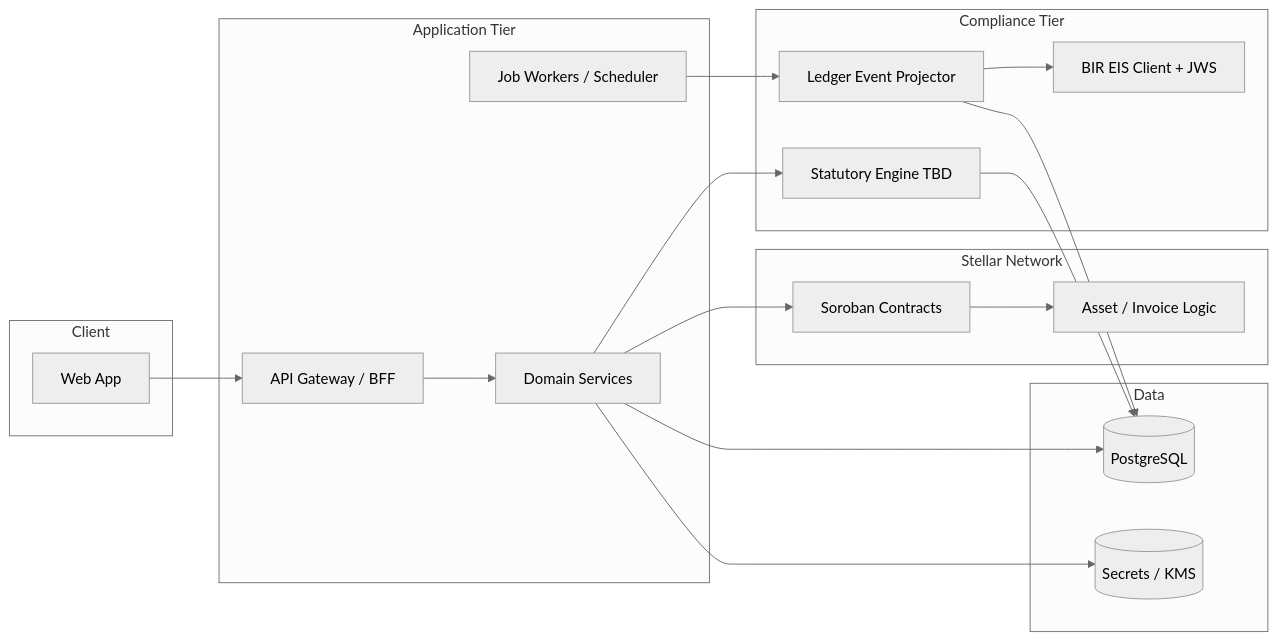
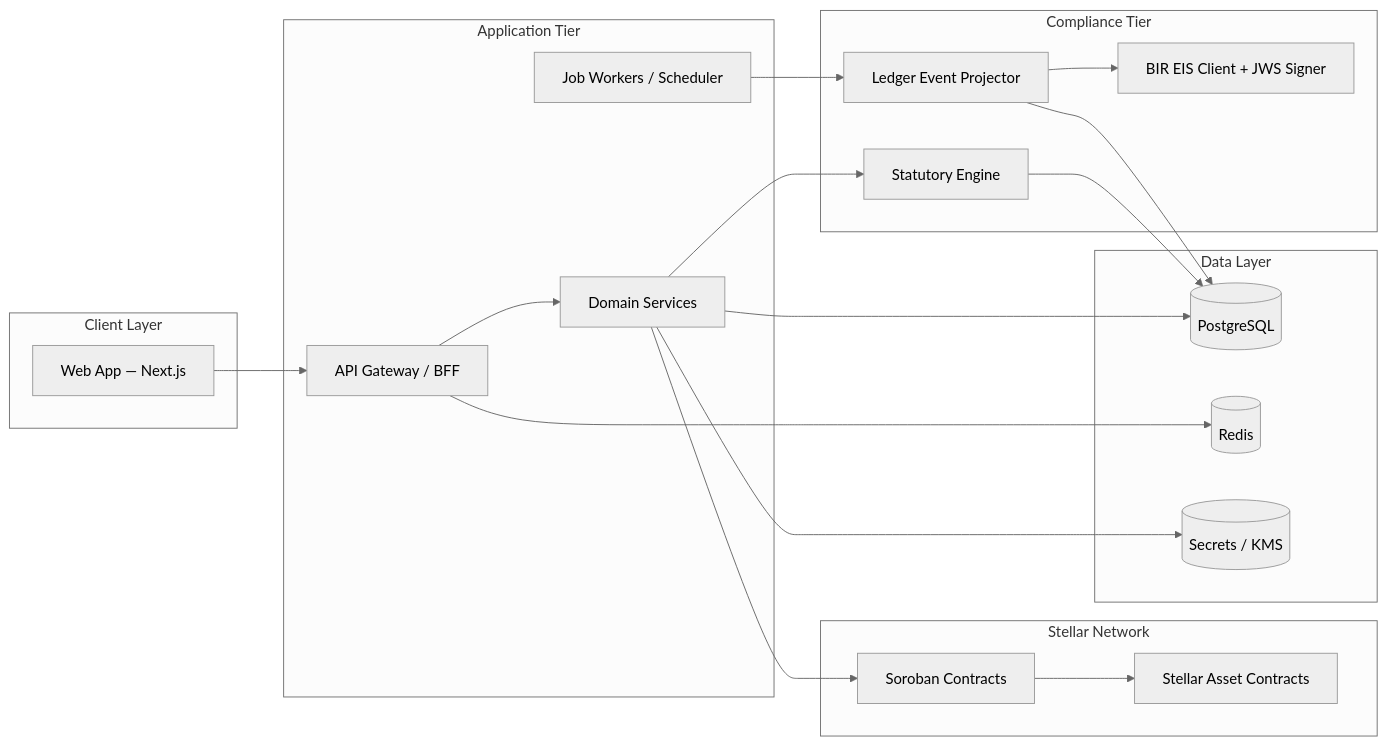
One commit to Axon-Enjin/axial changed the diagram in docs/sdd-axial.md. Above: the diagram before and after it, drawn with Mermaid (neutral theme). The commit also changed other lines of this file and 11 other files, not shown here.

Commit message:
feat: initialize repository structure and document core architecture, templates, and project guidelines

````diff
--- a/docs/sdd-axial.md
+++ b/docs/sdd-axial.md
@@ -34,36 +38,42 @@
 ```mermaid
 graph LR
-  subgraph client [Client]
-    Web[Web App]
+  subgraph client [Client Layer]
+    Web[Web App — Next.js]
   end
+
   subgraph app [Application Tier]
     API[API Gateway / BFF]
     Svc[Domain Services]
     Jobs[Job Workers / Scheduler]
   end
+
   subgraph chain [Stellar Network]
     Soroban[Soroban Contracts]
-    SAC[Asset / Invoice Logic]
+    SAC[Stellar Asset Contracts]
   end
+
   subgraph compliance [Compliance Tier]
     Oracle[Ledger Event Projector]
-    EIS[BIR EIS Client + JWS]
-    Stat[Statutory Engine TBD]
+    EIS[BIR EIS Client + JWS Signer]
+    Stat[Statutory Engine]
   end
-  subgraph data [Data]
+
+  subgraph data [Data Layer]
     DB[(PostgreSQL)]
+    Cache[(Redis)]
     Vault[(Secrets / KMS)]
   end
 
   Web --> API
   API --> Svc
   Svc --> DB
   Svc --> Vault
   Svc --> Soroban
   Soroban --> SAC
   Jobs --> Oracle
   Oracle --> DB
   Oracle --> EIS
   Svc --> Stat
   Stat --> DB
+  API --> Cache
 ```
````
